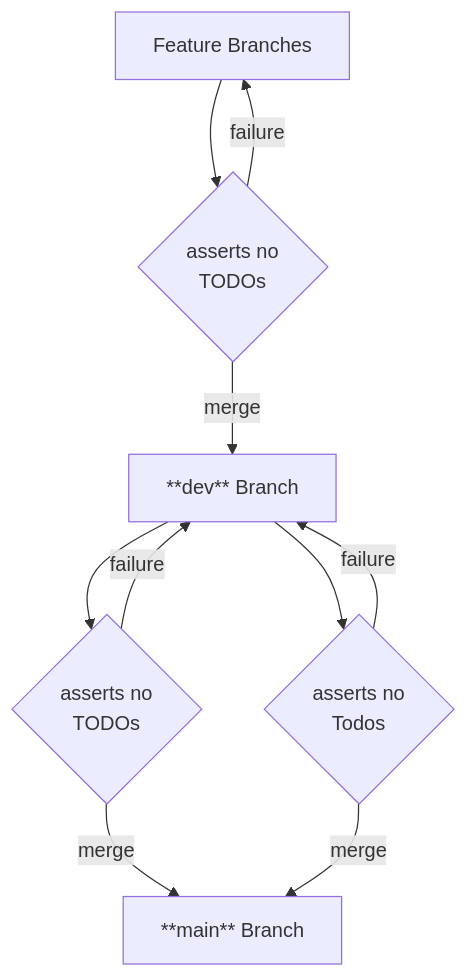
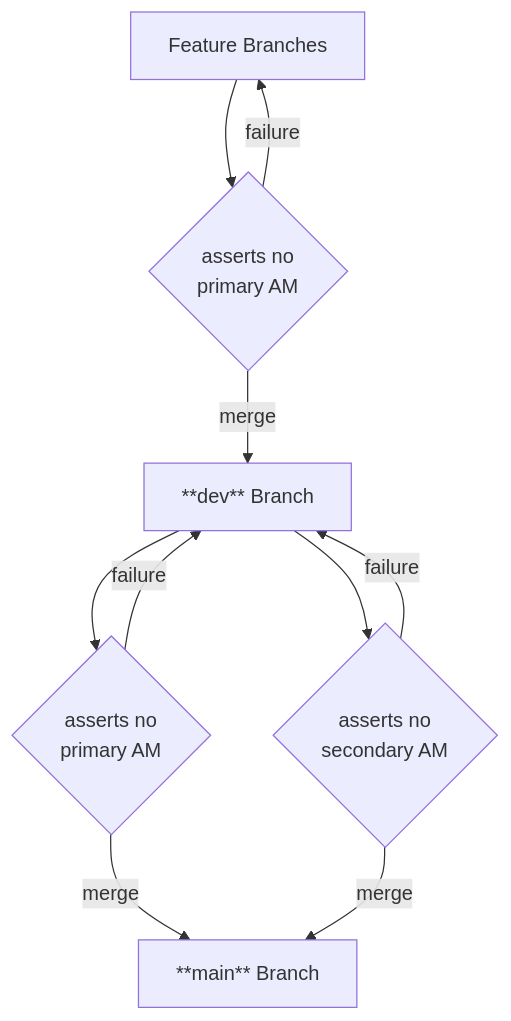
The diagram in README.md (kami-lel/hooks-utility), drawn with Mermaid before and after one commit. The commit also changed other lines of this file, not shown here.

Commit message:
update README.md docs to use consistent annotation marker terms: replace specific TODOs with primary AM, secondary AM; improve flowchart labels for clarity
[#]README.md

````diff
--- a/README.md
+++ b/README.md
@@ -86,15 +80,15 @@
 ```mermaid
-flowchart TD        
+flowchart TD
     feature[Feature Branches] --> a
     a{"asserts no
-    TODOs"} -->|merge| dev
+    primary AM"} -->|merge| dev
     a -->|failure| feature
     dev["**dev**" Branch ] --> b & c
     b{"asserts no
-    TODOs"} -->|merge| main
+    primary AM"} -->|merge| main
     b -->|failure| dev
     c{"asserts no
-    Todos"} -->|merge| main
+    secondary AM"} -->|merge| main
     c -->|failure| dev
     main["**main**" Branch ]
 ```
````
